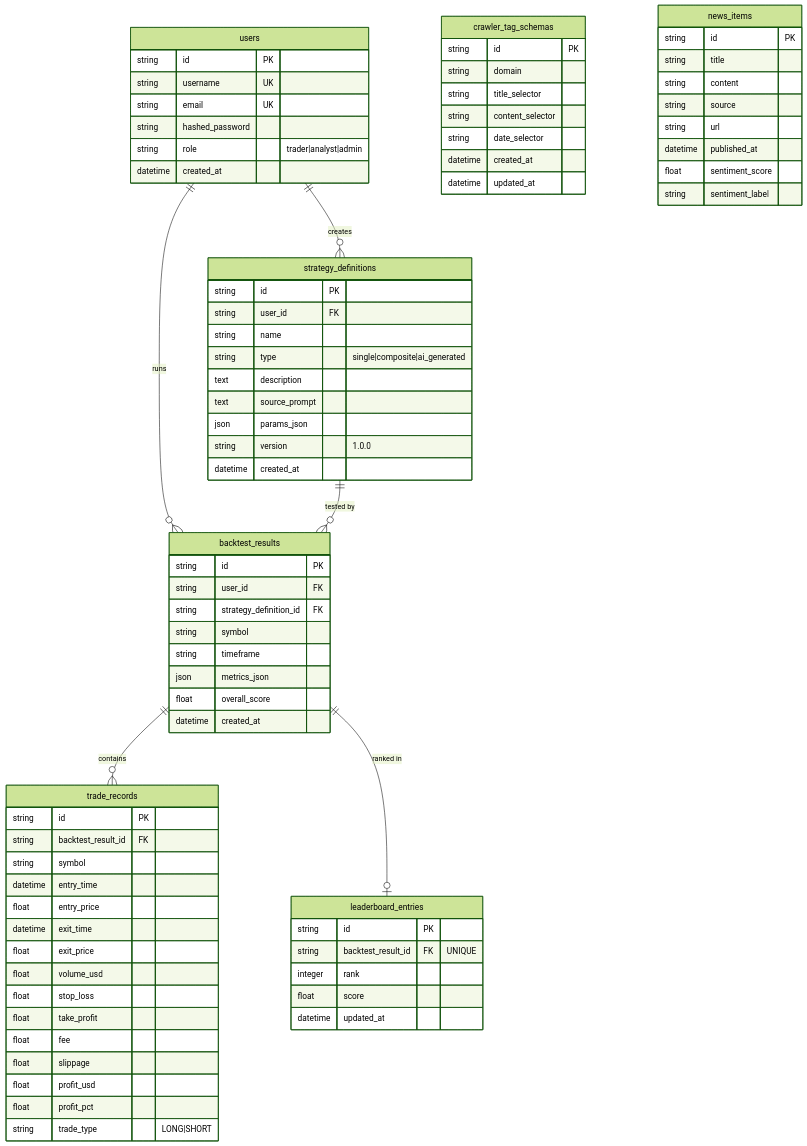
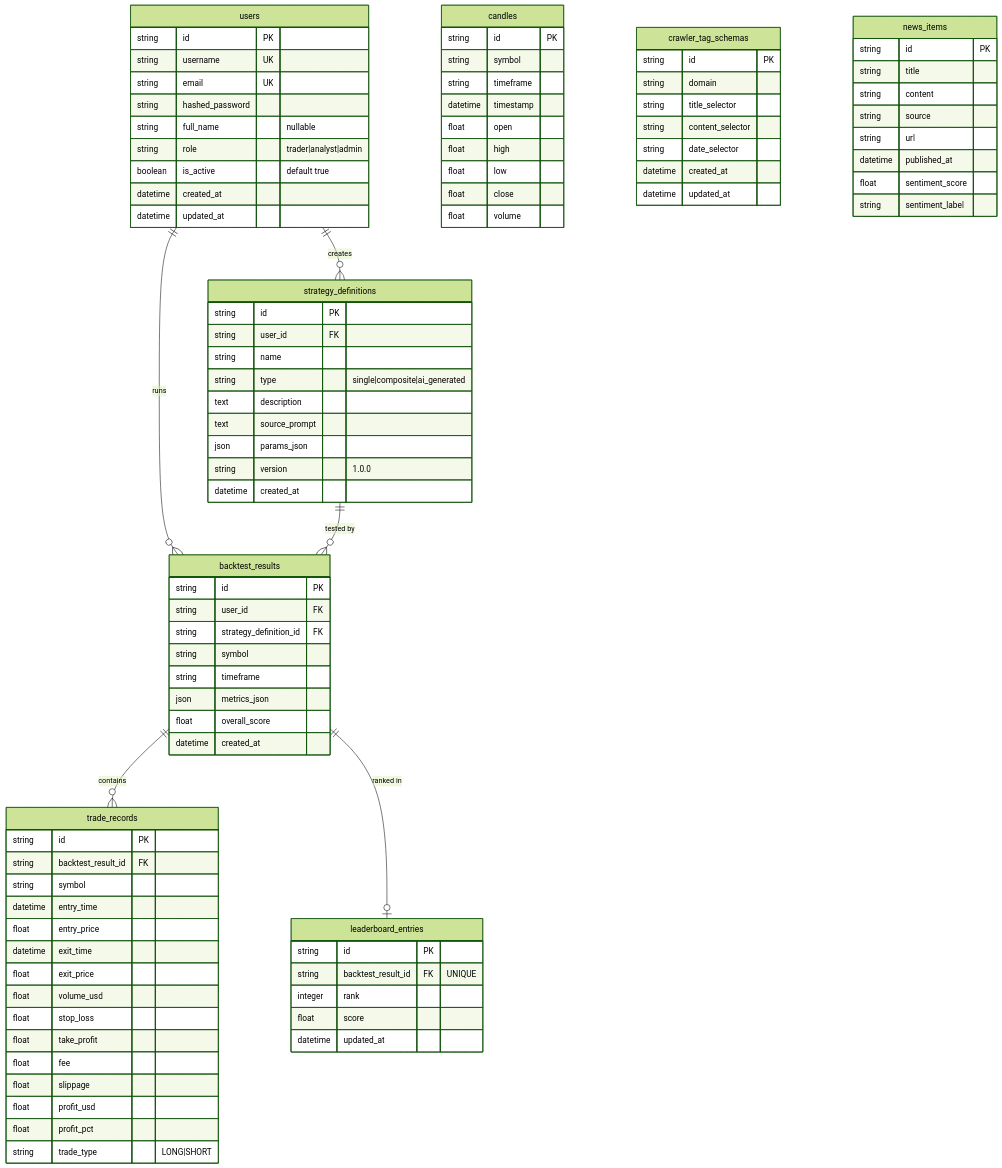
The sixth of 6 diagrams in docs/architecture.md (ngnam2012/KTPM-crypto-project), drawn with Mermaid (forest theme) before and after one commit. The commit also changed other lines of this file and 6 other files, not shown here.

```diff
--- a/docs/architecture.md
+++ b/docs/architecture.md
@@ -288,8 +328,23 @@
         string username UK
         string email UK
         string hashed_password
+        string full_name "nullable"
         string role "trader|analyst|admin"
+        boolean is_active "default true"
         datetime created_at
+        datetime updated_at
+    }
+
+    candles {
+        string id PK
+        string symbol
+        string timeframe
+        datetime timestamp
+        float open
+        float high
+        float low
+        float close
+        float volume
     }
 
     strategy_definitions {
```
